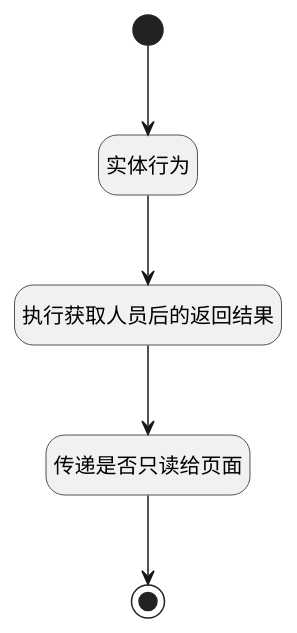
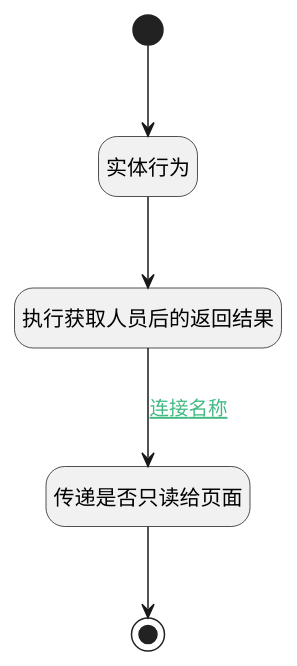
The diagram in doc/docsify/module/ProdMgmt/ticket/uilogic/test_get_only_read.md (iBizLab/plm), drawn with PlantUML before and after one commit. The commit also changed other lines of this file and 2344 other files, not shown here.

````diff
--- a/doc/docsify/module/ProdMgmt/ticket/uilogic/test_get_only_read.md
+++ b/doc/docsify/module/ProdMgmt/ticket/uilogic/test_get_only_read.md
@@ -7,25 +7,25 @@
 ```plantuml
 @startuml
 hide footbox
 <style>
 root {
   HyperlinkColor #42b983
 }
 </style>
 
 hide empty description
 state "开始" as Begin <<start>> [[$./test_get_only_read#begin {开始}]]
 state "执行获取人员后的返回结果" as DEBUGPARAM1  [[$./test_get_only_read#debugparam1 {执行获取人员后的返回结果}]]
+state "传递是否只读给页面" as PREPAREJSPARAM2  [[$./test_get_only_read#preparejsparam2 {传递是否只读给页面}]]
+state "实体行为" as DEACTION1  [[$./test_get_only_read#deaction1 {实体行为}]]
 state "结束" as END1 <<end>> [[$./test_get_only_read#end1 {结束}]]
-state "实体行为" as DEACTION1  [[$./test_get_only_read#deaction1 {实体行为}]]
-state "传递是否只读给页面" as PREPAREJSPARAM2  [[$./test_get_only_read#preparejsparam2 {传递是否只读给页面}]]
 
 
 Begin --> DEACTION1
 DEACTION1 --> DEBUGPARAM1
-DEBUGPARAM1 --> PREPAREJSPARAM2
+DEBUGPARAM1 --> PREPAREJSPARAM2 : [[$./test_get_only_read#debugparam1-preparejsparam2{连接名称} 连接名称]]
 PREPAREJSPARAM2 --> END1
 
 
 @enduml
 ```
````
